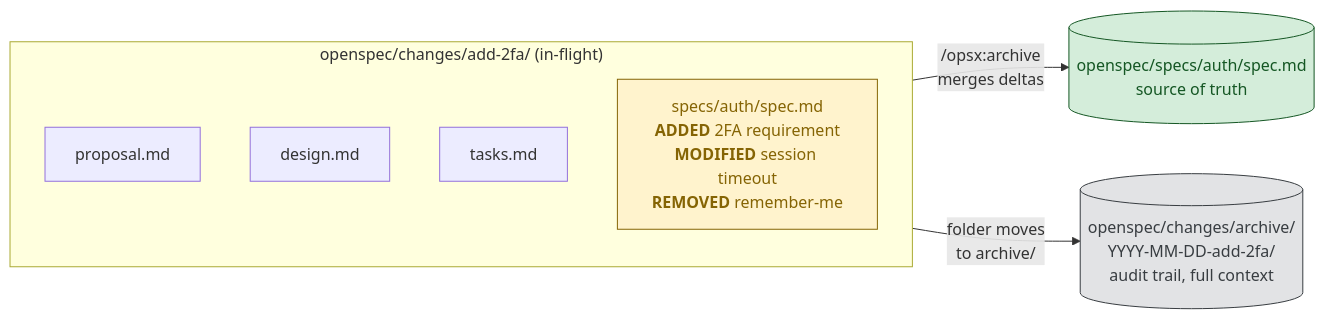
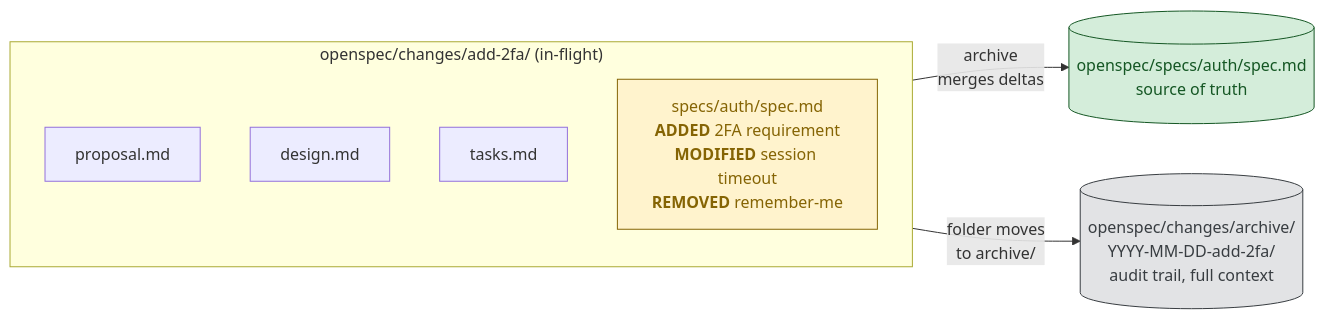
The second of 3 diagrams in splash/src/rollup/context-v/studies/open-specs-and-standards/profiles/Profile__OpenSpec.md (lossless-group/lossless-ai-labs), drawn with Mermaid before and after one commit. The commit also changed other lines of this file and 165 other files, not shown here.

````diff
--- a/splash/src/rollup/context-v/studies/open-specs-and-standards/profiles/Profile__OpenSpec.md
+++ b/splash/src/rollup/context-v/studies/open-specs-and-standards/profiles/Profile__OpenSpec.md
@@ -150,23 +150,23 @@
 ```mermaid
 flowchart LR
     subgraph InFlight["openspec/changes/add-2fa/ (in-flight)"]
         direction TB
         Prop[proposal.md]
         Des[design.md]
         Tsk[tasks.md]
         Delta["specs/auth/spec.md<br/><b>ADDED</b> 2FA requirement<br/><b>MODIFIED</b> session timeout<br/><b>REMOVED</b> remember-me"]
     end
 
     Truth[("openspec/specs/auth/spec.md<br/>source of truth")]
     Archive[("openspec/changes/archive/<br/>YYYY-MM-DD-add-2fa/<br/>audit trail, full context")]
 
-    Delta -->|"/opsx:archive<br/>merges deltas"| Truth
+    Delta -->|"archive<br/>merges deltas"| Truth
     InFlight -->|"folder moves<br/>to archive/"| Archive
 
     classDef truth fill:#d4edda,stroke:#155724,color:#155724
     classDef archive fill:#e2e3e5,stroke:#383d41,color:#383d41
     classDef delta fill:#fff3cd,stroke:#856404,color:#856404
     class Truth truth
     class Archive archive
     class Delta delta
 ```
````
